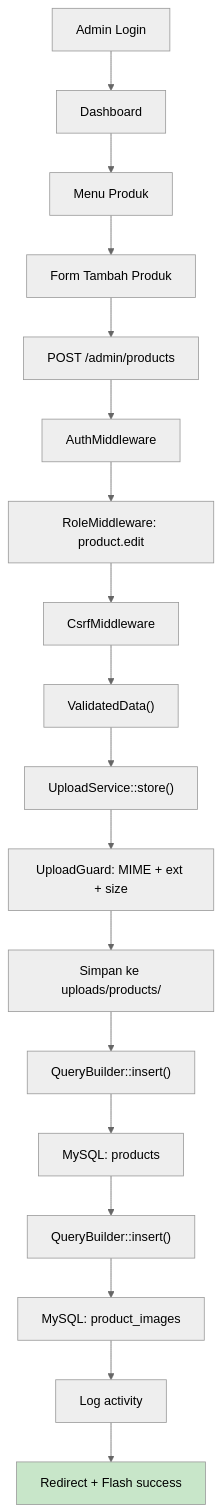
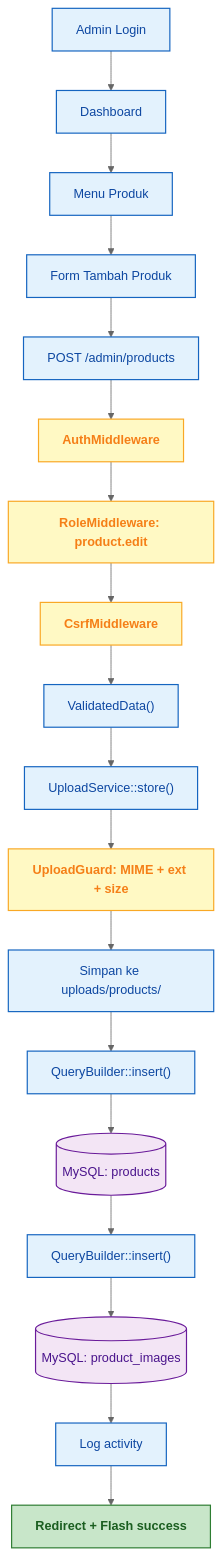
One commit to sekarpratama/project1 changed the ninth of 19 diagrams in README.md. Above: the diagram before and after it, drawn with Mermaid (neutral theme). The commit also changed other lines of this file, not shown here.

````diff
--- a/README.md
+++ b/README.md
@@ -624,22 +534,28 @@
 ```mermaid
 flowchart TD
-    A["Admin Login"] --> B["Dashboard"]
-    B --> C["Menu Produk"]
-    C --> D["Form Tambah Produk"]
-    D --> E["POST /admin/products"]
-    E --> F["AuthMiddleware"]
-    F --> G["RoleMiddleware: product.edit"]
-    G --> H["CsrfMiddleware"]
-    H --> I["ValidatedData()"]
-    I --> J["UploadService::store()"]
-    J --> K["UploadGuard: MIME + ext + size"]
-    K --> L["Simpan ke uploads/products/"]
-    L --> M["QueryBuilder::insert()"]
-    M --> N["MySQL: products"]
-    N --> O["QueryBuilder::insert()"]
-    O --> P["MySQL: product_images"]
-    P --> Q["Log activity"]
-    Q --> R["Redirect + Flash success"]
+    A["Admin Login"]:::step
+    B["Dashboard"]:::step
+    C["Menu Produk"]:::step
+    D["Form Tambah Produk"]:::step
+    E["POST /admin/products"]:::step
+    F["AuthMiddleware"]:::check
+    G["RoleMiddleware: product.edit"]:::check
+    H["CsrfMiddleware"]:::check
+    I["ValidatedData()"]:::step
+    J["UploadService::store()"]:::step
+    K["UploadGuard: MIME + ext + size"]:::check
+    L["Simpan ke uploads/products/"]:::step
+    M["QueryBuilder::insert()"]:::step
+    N[("MySQL: products")]:::data
+    O["QueryBuilder::insert()"]:::step
+    P[("MySQL: product_images")]:::data
+    Q["Log activity"]:::step
+    R["Redirect + Flash success"]:::success
 
-    style R fill:#c8e6c9
+    A --> B --> C --> D --> E --> F --> G --> H --> I --> J --> K --> L --> M --> N --> O --> P --> Q --> R
+
+    classDef step fill:#e3f2fd,stroke:#1565c0,stroke-width:1.5px,color:#0d47a1
+    classDef check fill:#fff9c4,stroke:#f9a825,stroke-width:1.5px,color:#f57f17,font-weight:bold
+    classDef data fill:#f3e5f5,stroke:#6a1b9a,stroke-width:1.5px,color:#4a148c
+    classDef success fill:#c8e6c9,stroke:#2e7d32,stroke-width:1.5px,color:#1b5e20,font-weight:bold
 ```
````
